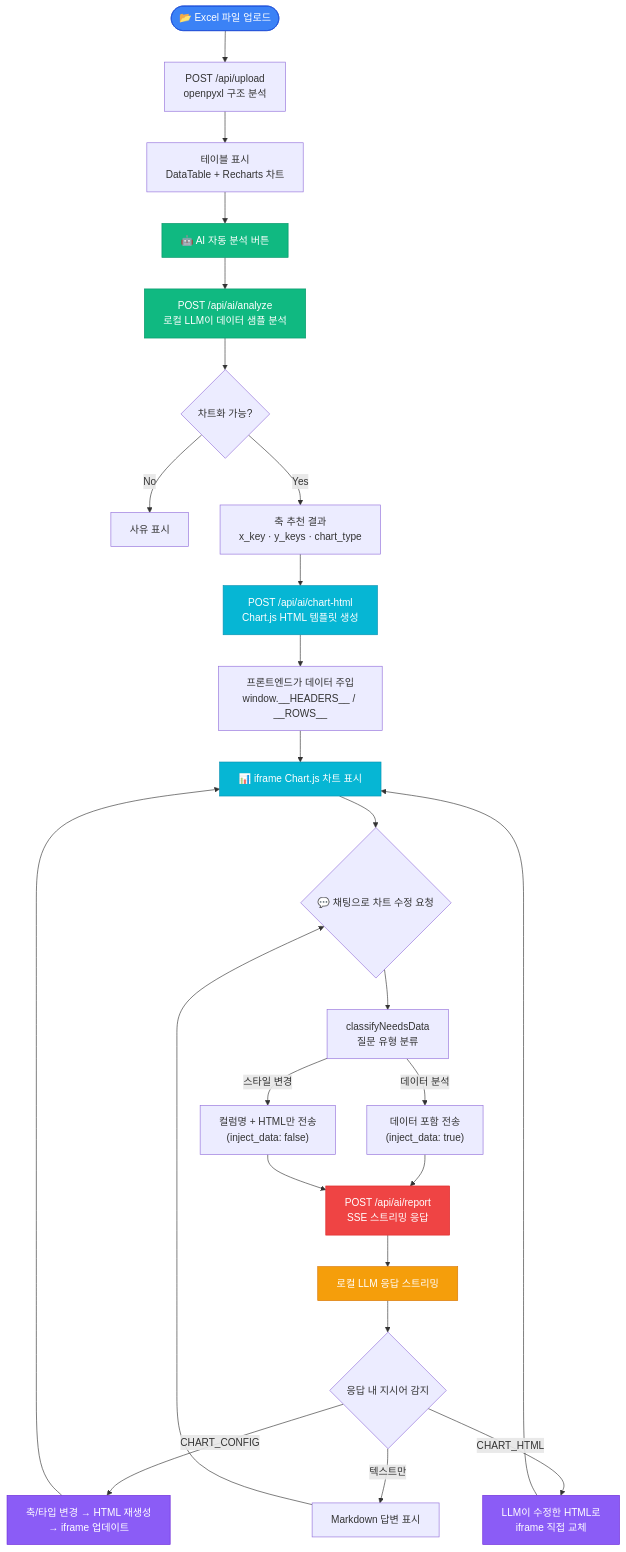
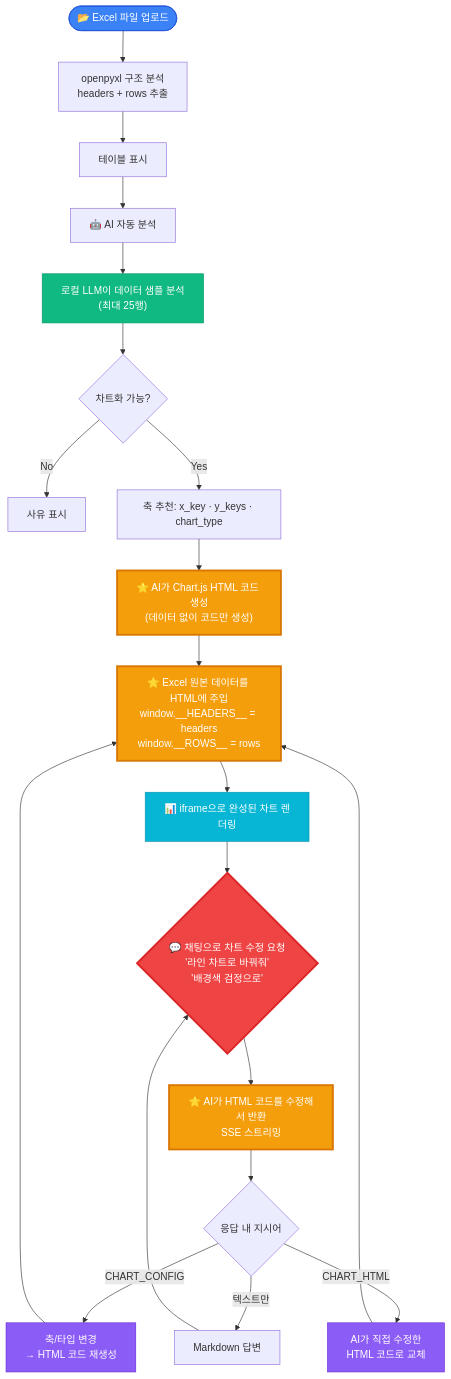
Before and after one commit to jay-jaeyong/Excel-Parser: the first of 2 diagrams in README.md, drawn with Mermaid. The commit also changed other lines of this file, not shown here.

Commit message:
📝 핵심 플로우 강조: AI→HTML 생성, 채팅→HTML 수정, Excel→주입→렌더링

````diff
--- a/README.md
+++ b/README.md
@@ -29,46 +38,40 @@
 ```mermaid
 flowchart TD
-    Start([📂 Excel 파일 업로드]) --> Parse[POST /api/upload<br/>openpyxl 구조 분석]
-    Parse --> Table[테이블 표시<br/>DataTable + Recharts 차트]
+    Start([📂 Excel 파일 업로드]) --> Parse[openpyxl 구조 분석<br/>headers + rows 추출]
+    Parse --> Table[테이블 표시]
 
-    Table --> AI["🤖 AI 자동 분석" 버튼]
+    Table --> AI["🤖 AI 자동 분석"]
 
-    AI --> Analyze[POST /api/ai/analyze<br/>로컬 LLM이 데이터 샘플 분석]
+    AI --> Analyze["로컬 LLM이 데이터 샘플 분석<br/>(최대 25행)"]
     Analyze --> Judge{차트화 가능?}
     Judge -->|No| Reason[사유 표시]
-    Judge -->|Yes| Axes[축 추천 결과<br/>x_key · y_keys · chart_type]
+    Judge -->|Yes| Axes["축 추천: x_key · y_keys · chart_type"]
 
-    Axes --> GenHTML[POST /api/ai/chart-html<br/>Chart.js HTML 템플릿 생성]
-    GenHTML --> Inject[프론트엔드가 데이터 주입<br/>window.__HEADERS__ / __ROWS__]
-    Inject --> Preview["📊 iframe Chart.js 차트 표시"]
+    Axes --> GenHTML["⭐ AI가 Chart.js HTML 코드 생성<br/>(데이터 없이 코드만 생성)"]
+    GenHTML --> Inject["⭐ Excel 원본 데이터를 HTML에 주입<br/>window.__HEADERS__ = headers<br/>window.__ROWS__ = rows"]
+    Inject --> Preview["📊 iframe으로 완성된 차트 렌더링"]
 
-    Preview --> Chat{💬 채팅으로 차트 수정 요청}
+    Preview --> Chat{"💬 채팅으로 차트 수정 요청<br/>'라인 차트로 바꿔줘'<br/>'배경색 검정으로'"}
 
-    Chat --> Classify[classifyNeedsData<br/>질문 유형 분류]
-    Classify -->|데이터 분석| DataOn["데이터 포함 전송<br/>(inject_data: true)"]
-    Classify -->|스타일 변경| DataOff["컬럼명 + HTML만 전송<br/>(inject_data: false)"]
+    Chat --> SSE["⭐ AI가 HTML 코드를 수정해서 반환<br/>SSE 스트리밍"]
 
-    DataOn --> SSE[POST /api/ai/report<br/>SSE 스트리밍 응답]
-    DataOff --> SSE
+    SSE --> Directive{응답 내 지시어}
 
-    SSE --> LLM[로컬 LLM 응답 스트리밍]
-    LLM --> Directive{응답 내 지시어 감지}
+    Directive -->|CHART_CONFIG| ReGen["축/타입 변경<br/>→ HTML 코드 재생성"]
+    Directive -->|CHART_HTML| Replace["AI가 직접 수정한<br/>HTML 코드로 교체"]
+    Directive -->|텍스트만| Markdown[Markdown 답변]
 
-    Directive -->|CHART_CONFIG| ReGen["축/타입 변경 → HTML 재생성<br/>→ iframe 업데이트"]
-    Directive -->|CHART_HTML| Replace["LLM이 수정한 HTML로<br/>iframe 직접 교체"]
-    Directive -->|텍스트만| Markdown[Markdown 답변 표시]
-
-    ReGen --> Preview
-    Replace --> Preview
+    ReGen --> Inject
+    Replace --> Inject
     Markdown --> Chat
 
     style Start fill:#3b82f6,stroke:#1d4ed8,color:#fff
-    style AI fill:#10b981,stroke:#059669,color:#fff
-    style Analyze fill:#10b981,stroke:#059669,color:#fff
-    style GenHTML fill:#06b6d4,stroke:#0891b2,color:#fff
+    style GenHTML fill:#f59e0b,stroke:#d97706,color:#fff,stroke-width:3px
+    style Inject fill:#f59e0b,stroke:#d97706,color:#fff,stroke-width:3px
+    style SSE fill:#f59e0b,stroke:#d97706,color:#fff,stroke-width:3px
+    style Chat fill:#ef4444,stroke:#dc2626,color:#fff,stroke-width:3px
     style Preview fill:#06b6d4,stroke:#0891b2,color:#fff
-    style SSE fill:#ef4444,stroke:#dc2626,color:#fff
-    style LLM fill:#f59e0b,stroke:#d97706,color:#fff
     style ReGen fill:#8b5cf6,stroke:#6d28d9,color:#fff
     style Replace fill:#8b5cf6,stroke:#6d28d9,color:#fff
+    style Analyze fill:#10b981,stroke:#059669,color:#fff
 ```
````
